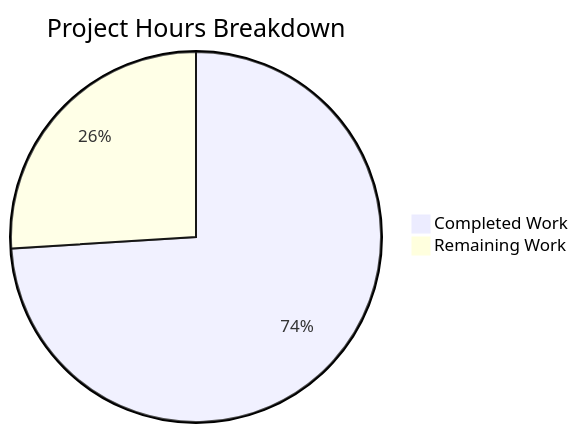
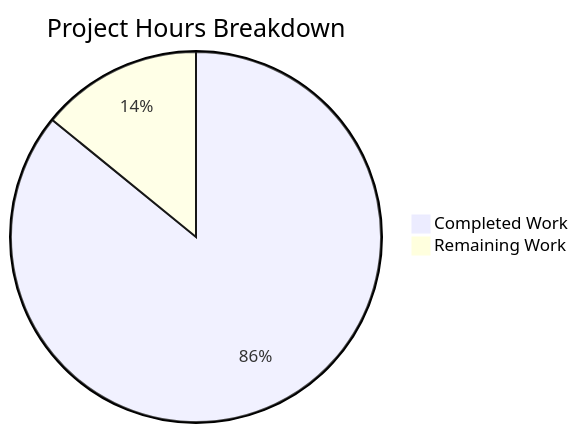
Before and after one commit to Blitzy-Sandbox/blitzy-cal: the second of 2 diagrams in blitzy/documentation/Project Guide.md, drawn with Mermaid. The commit also changed other lines of this file, not shown here.

Commit message:
Adding Blitzy Project Guide: Project Status and Human Tasks Remaining

````diff
--- a/blitzy/documentation/Project Guide.md
+++ b/blitzy/documentation/Project Guide.md
@@ -216,5 +212,5 @@
 ```mermaid
 pie title Project Hours Breakdown
-    "Completed Work" : 148
-    "Remaining Work" : 52
+    "Completed Work" : 292
+    "Remaining Work" : 48
 ```
````
